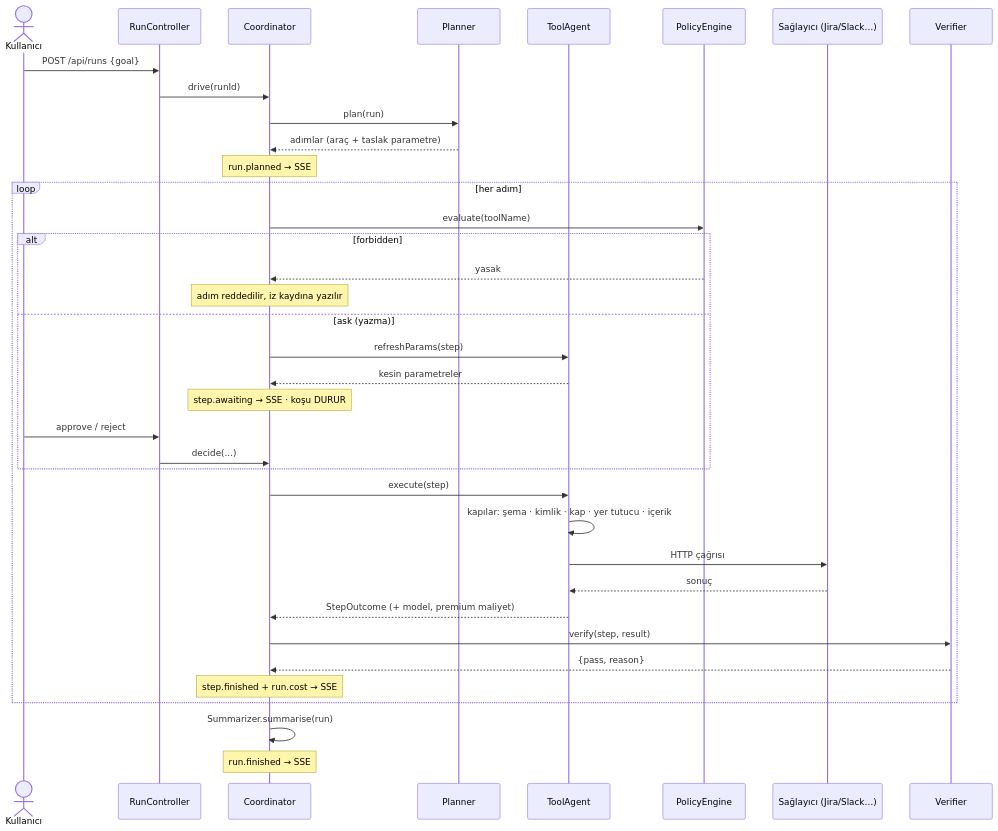
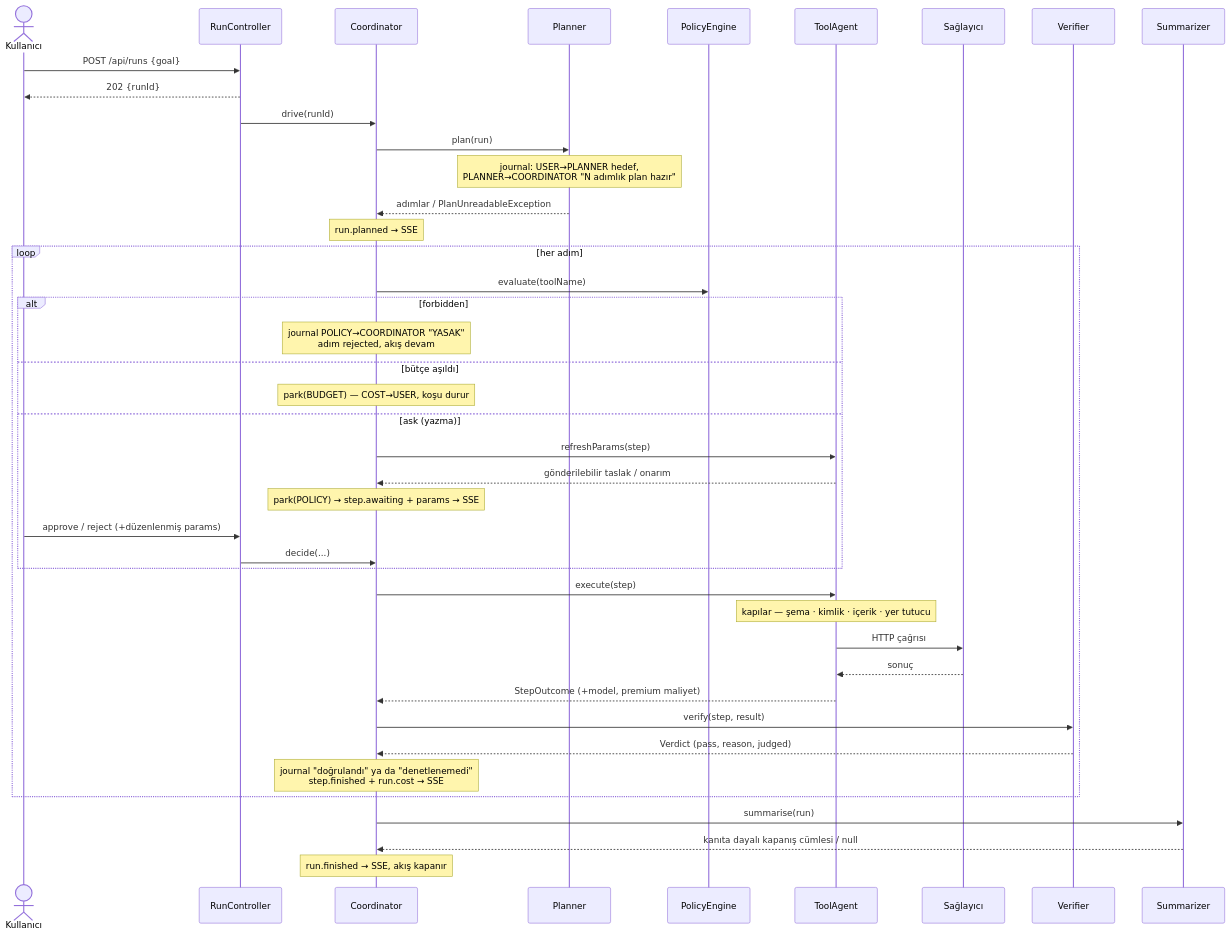
Before and after one commit to SamedBilginAlternet/relay: the first of 5 diagrams in docs/ARCHITECTURE.md, drawn with Mermaid. The commit also changed other lines of this file and 2 other files, not shown here.

````diff
--- a/docs/ARCHITECTURE.md
+++ b/docs/ARCHITECTURE.md
@@ -52,42 +18,47 @@
 ```mermaid
 sequenceDiagram
     actor K as Kullanıcı
     participant API as RunController
     participant C as Coordinator
     participant P as Planner
+    participant PE as PolicyEngine
     participant T as ToolAgent
-    participant PE as PolicyEngine
-    participant D as Sağlayıcı (Jira/Slack…)
+    participant S as Sağlayıcı
     participant V as Verifier
+    participant Z as Summarizer
 
     K->>API: POST /api/runs {goal}
+    API-->>K: 202 {runId}
     API->>C: drive(runId)
     C->>P: plan(run)
-    P-->>C: adımlar (araç + taslak parametre)
+    Note over P: journal: USER→PLANNER hedef,<br/>PLANNER→COORDINATOR "N adımlık plan hazır"
+    P-->>C: adımlar / PlanUnreadableException
     Note over C: run.planned → SSE
 
     loop her adım
         C->>PE: evaluate(toolName)
         alt forbidden
-            PE-->>C: yasak
-            Note over C: adım reddedilir, iz kaydına yazılır
+            Note over C: journal POLICY→COORDINATOR "YASAK"<br/>adım rejected, akış devam
+        else bütçe aşıldı
+            Note over C: park(BUDGET) — COST→USER, koşu durur
         else ask (yazma)
             C->>T: refreshParams(step)
-            T-->>C: kesin parametreler
-            Note over C: step.awaiting → SSE · koşu DURUR
-            K->>API: approve / reject
+            T-->>C: gönderilebilir taslak / onarım
+            Note over C: park(POLICY) → step.awaiting + params → SSE
+            K->>API: approve / reject (+düzenlenmiş params)
             API->>C: decide(...)
         end
         C->>T: execute(step)
-        T->>T: kapılar: şema · kimlik · kap · yer tutucu · içerik
-        T->>D: HTTP çağrısı
-        D-->>T: sonuç
-        T-->>C: StepOutcome (+ model, premium maliyet)
+        Note over T: kapılar — şema · kimlik · içerik · yer tutucu
+        T->>S: HTTP çağrısı
+        S-->>T: sonuç
+        T-->>C: StepOutcome (+model, premium maliyet)
         C->>V: verify(step, result)
-        V-->>C: {pass, reason}
-        Note over C: step.finished + run.cost → SSE
+        V-->>C: Verdict (pass, reason, judged)
+        Note over C: journal "doğrulandı" ya da "denetlenemedi"<br/>step.finished + run.cost → SSE
     end
 
-    C->>C: Summarizer.summarise(run)
-    Note over C: run.finished → SSE
+    C->>Z: summarise(run)
+    Z-->>C: kanıta dayalı kapanış cümlesi / null
+    Note over C: run.finished → SSE, akış kapanır
 ```
````
